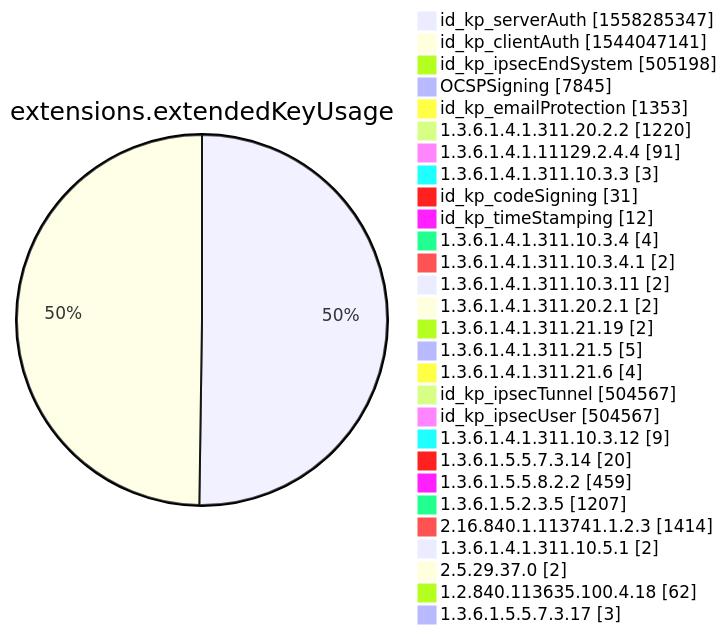
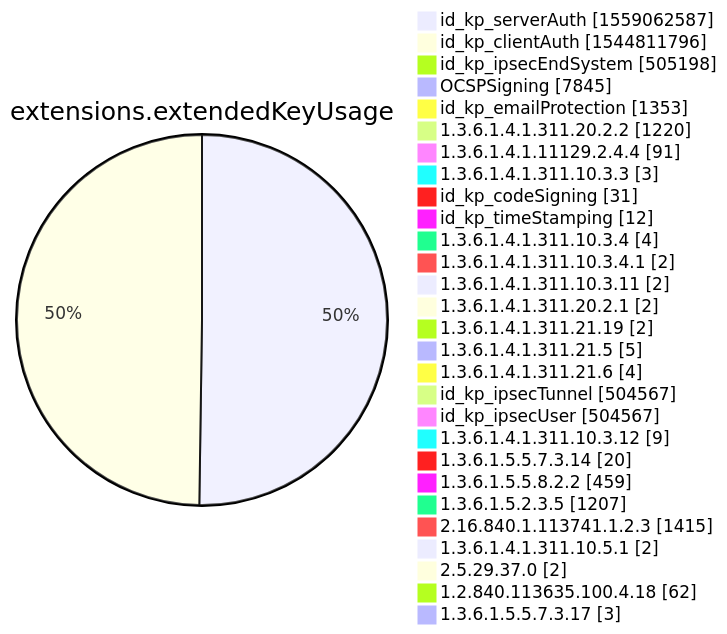
Before and after one commit to christiankrug/ctmonitor_visualization: diagram 12 of 15 in xenon2022/README.md, drawn with Mermaid. The commit also changed other lines of this file, not shown here.

````diff
--- a/xenon2022/README.md
+++ b/xenon2022/README.md
@@ -3882,32 +3883,32 @@
 ```mermaid
 pie showData
 title extensions.extendedKeyUsage
-"id_kp_serverAuth" :1558285347
-"id_kp_clientAuth" :1544047141
+"id_kp_serverAuth" :1559062587
+"id_kp_clientAuth" :1544811796
 "id_kp_ipsecEndSystem" :505198
 "OCSPSigning" :7845
 "id_kp_emailProtection" :1353
 "1.3.6.1.4.1.311.20.2.2" :1220
 "1.3.6.1.4.1.11129.2.4.4" :91
 "1.3.6.1.4.1.311.10.3.3" :3
 "id_kp_codeSigning" :31
 "id_kp_timeStamping" :12
 "1.3.6.1.4.1.311.10.3.4" :4
 "1.3.6.1.4.1.311.10.3.4.1" :2
 "1.3.6.1.4.1.311.10.3.11" :2
 "1.3.6.1.4.1.311.20.2.1" :2
 "1.3.6.1.4.1.311.21.19" :2
 "1.3.6.1.4.1.311.21.5" :5
 "1.3.6.1.4.1.311.21.6" :4
 "id_kp_ipsecTunnel" :504567
 "id_kp_ipsecUser" :504567
 "1.3.6.1.4.1.311.10.3.12" :9
 "1.3.6.1.5.5.7.3.14" :20
 "1.3.6.1.5.5.8.2.2" :459
 "1.3.6.1.5.2.3.5" :1207
-"2.16.840.1.113741.1.2.3" :1414
+"2.16.840.1.113741.1.2.3" :1415
 "1.3.6.1.4.1.311.10.5.1" :2
 "2.5.29.37.0" :2
 "1.2.840.113635.100.4.18" :62
 "1.3.6.1.5.5.7.3.17" :3
 ```
````
